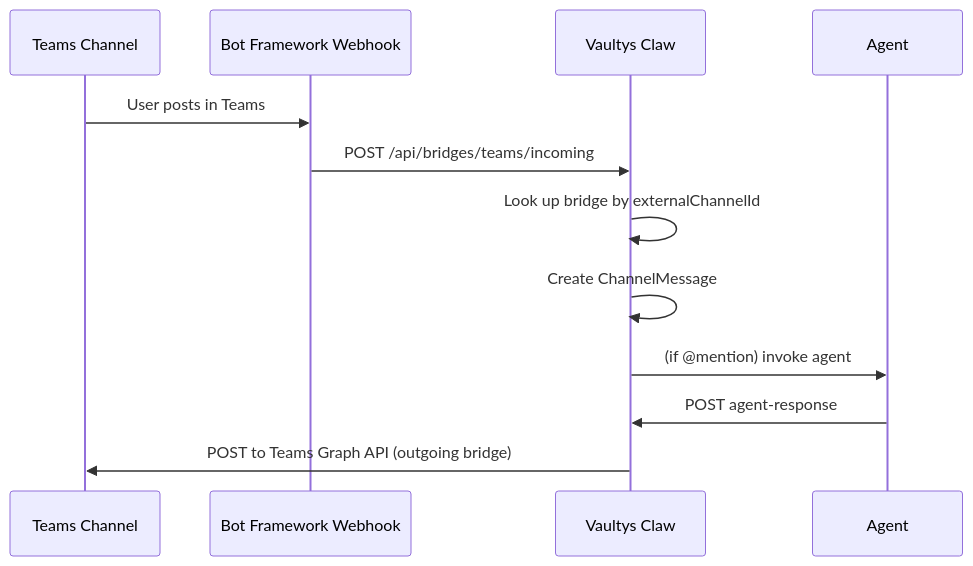
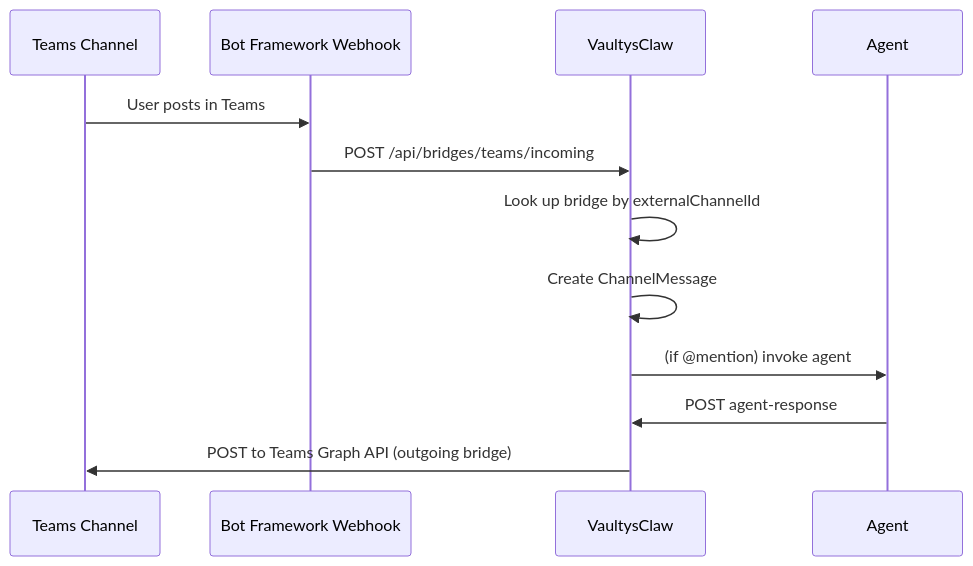
Before and after one commit to vaultys/VaultysClaw: the diagram in docs-site/docs/channels/bridges.md, drawn with Mermaid. The commit also changed other lines of this file and 24 other files, not shown here.

````diff
--- a/docs-site/docs/channels/bridges.md
+++ b/docs-site/docs/channels/bridges.md
@@ -176,15 +176,15 @@
 ```mermaid
 sequenceDiagram
   participant TC as Teams Channel
   participant BF as Bot Framework Webhook
-  participant VC as Vaultys Claw
+  participant VC as VaultysClaw
   participant A as Agent
 
   TC->>BF: User posts in Teams
   BF->>VC: POST /api/bridges/teams/incoming
   VC->>VC: Look up bridge by externalChannelId
   VC->>VC: Create ChannelMessage
   VC->>A: (if @mention) invoke agent
   A->>VC: POST agent-response
   VC->>TC: POST to Teams Graph API (outgoing bridge)
 ```
````
